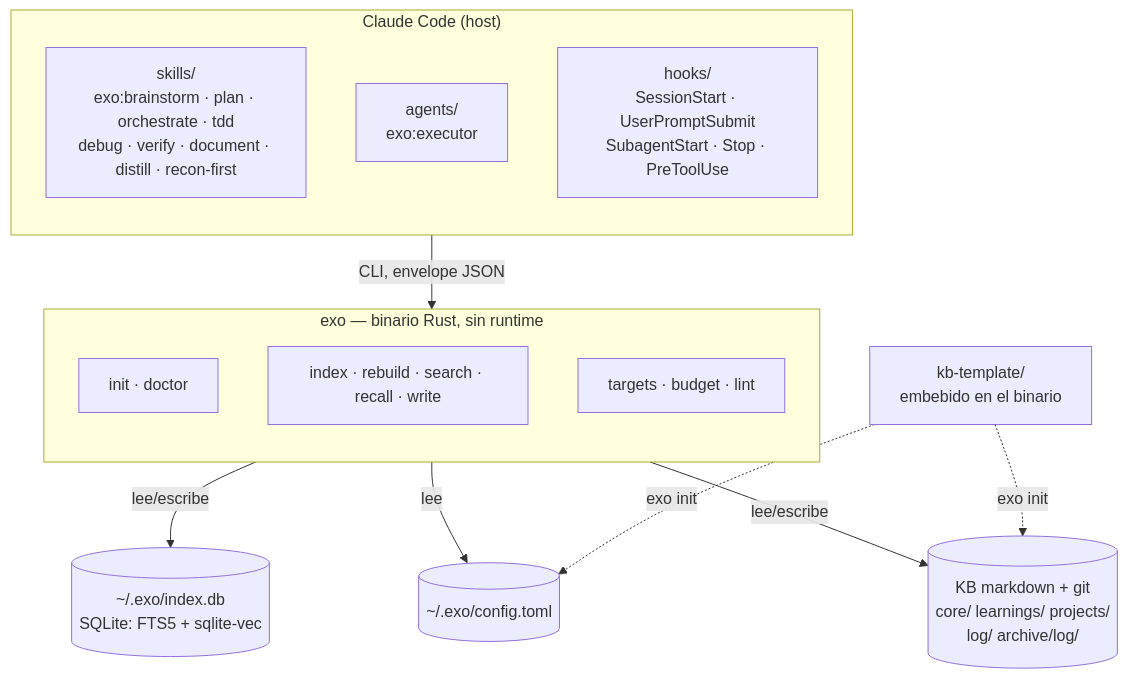
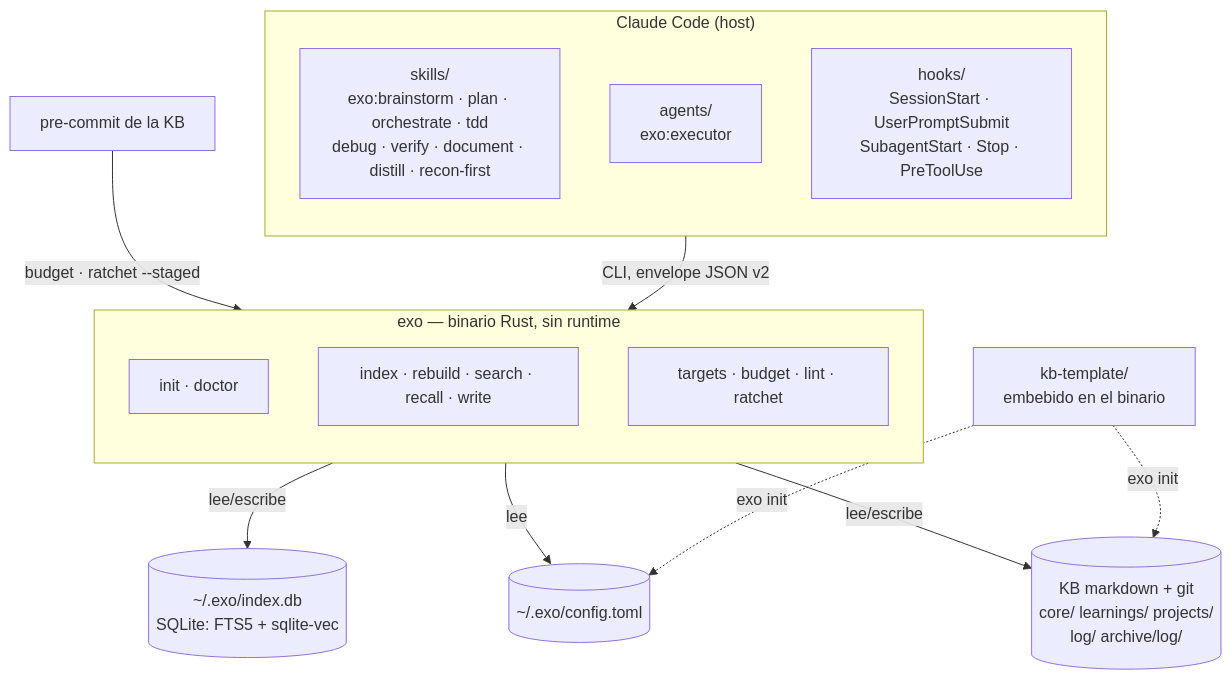
One commit to pguerrerolinares/exo changed the diagram in docs/superpowers/specs/2026-08-26-exo-generico-design.md. Above: the diagram before and after it, drawn with Mermaid. The commit also changed other lines of this file, not shown here.

````diff
--- a/docs/superpowers/specs/2026-08-26-exo-generico-design.md
+++ b/docs/superpowers/specs/2026-08-26-exo-generico-design.md
@@ -47,28 +100,30 @@
 ```mermaid
 flowchart TB
     subgraph host["Claude Code (host)"]
         direction TB
         skills["skills/<br/>exo:brainstorm · plan · orchestrate · tdd<br/>debug · verify · document · distill · recon-first"]
         agent["agents/<br/>exo:executor"]
         hooks["hooks/<br/>SessionStart · UserPromptSubmit<br/>SubagentStart · Stop · PreToolUse"]
     end
 
     subgraph bin["exo — binario Rust, sin runtime"]
         direction TB
         c1["init · doctor"]
         c2["index · rebuild · search · recall · write"]
-        c3["targets · budget · lint"]
+        c3["targets · budget · lint · ratchet"]
     end
 
     cfg[("~/.exo/config.toml")]
     db[("~/.exo/index.db<br/>SQLite: FTS5 + sqlite-vec")]
     kb[("KB markdown + git<br/>core/ learnings/ projects/<br/>log/ archive/log/")]
     tpl["kb-template/<br/>embebido en el binario"]
+    pc["pre-commit de la KB"]
 
-    host -->|"CLI, envelope JSON"| bin
+    host -->|"CLI, envelope JSON v2"| bin
+    pc -->|"budget · ratchet --staged"| bin
     bin -->|lee| cfg
     bin -->|lee/escribe| db
     bin -->|lee/escribe| kb
     tpl -.->|"exo init"| kb
     tpl -.->|"exo init"| cfg
 ```
````
